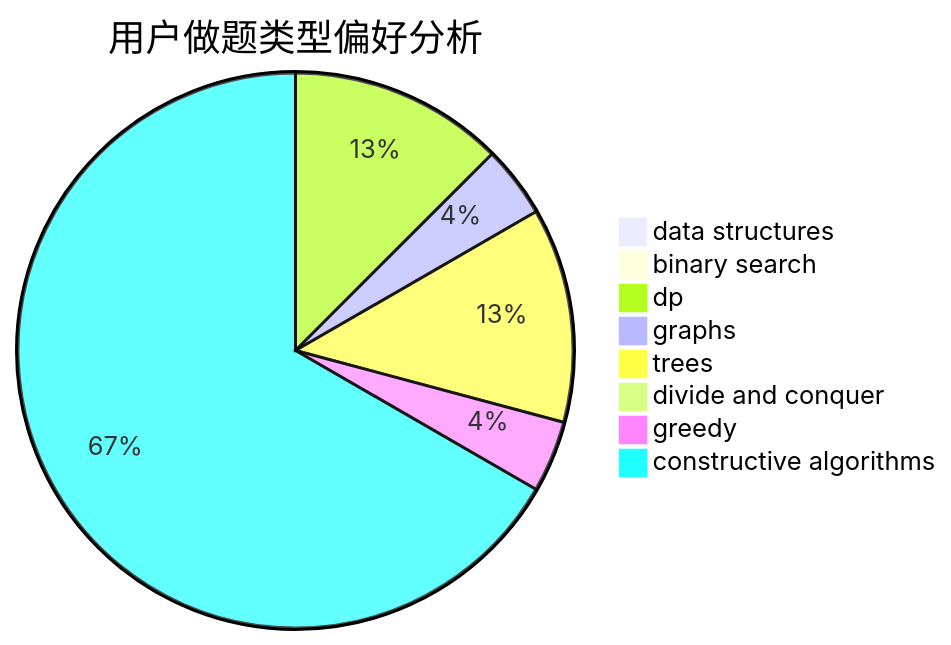
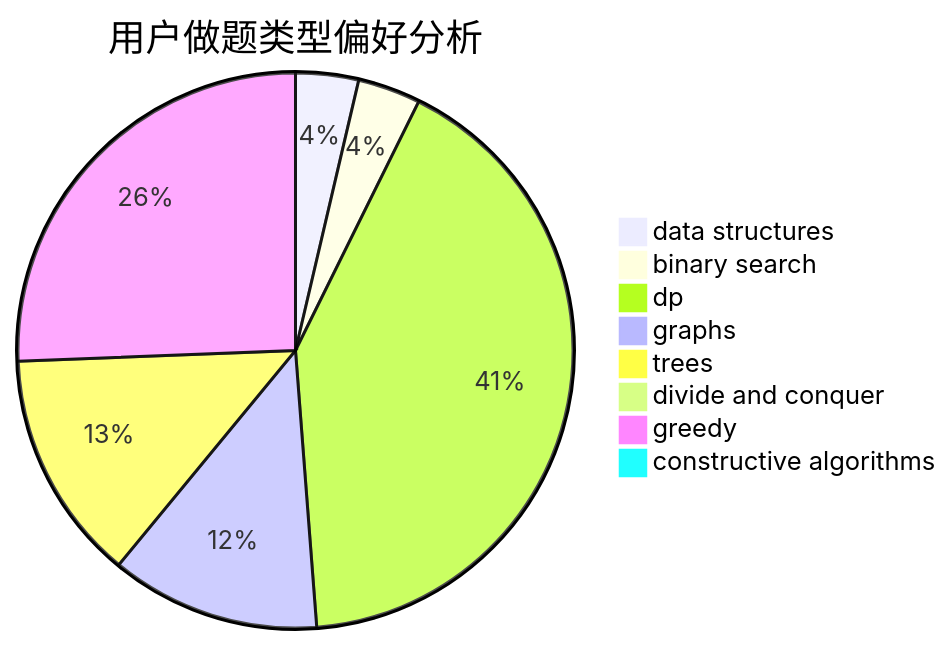
The second of 3 diagrams in docs/user/u1068.md (sherpahu/cfrs.github.io), drawn with Mermaid before and after one commit. The commit also changed other lines of this file and 2770 other files, not shown here.

````diff
--- a/docs/user/u1068.md
+++ b/docs/user/u1068.md
@@ -23,11 +23,11 @@
 ```mermaid
 pie title 用户做题类型偏好分析
-    "data structures" :  0
-    "binary search" :  0
-    "dp" :  18
-    "graphs" :  6
-    "trees" :  18
+    "data structures" :  3
+    "binary search" :  3
+    "dp" :  34
+    "graphs" :  10
+    "trees" :  11
     "divide and conquer" :  0
-    "greedy" :  6
-    "constructive algorithms" :  96
+    "greedy" :  21
+    "constructive algorithms" :  0
 ```
````
